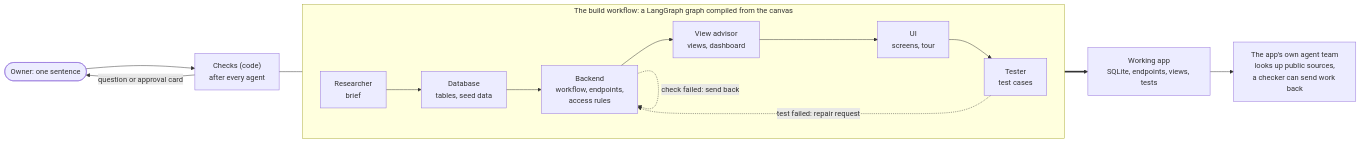
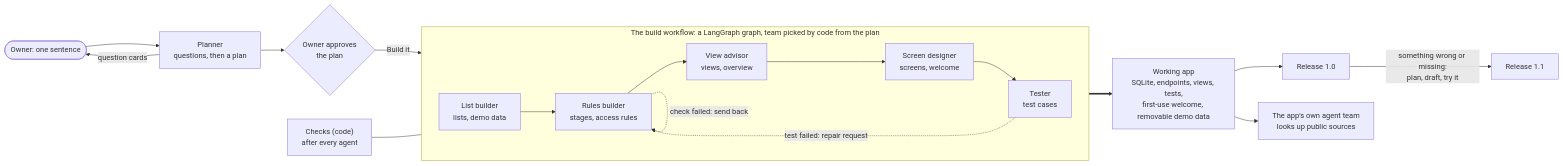
One commit to ismaeel-ch/Turnkey changed the diagram in README.md. Above: the diagram before and after it, drawn with Mermaid. The commit also changed other lines of this file and 22 other files, not shown here.

````diff
--- a/README.md
+++ b/README.md
@@ -53,14 +100,18 @@
 ```mermaid
 flowchart LR
-  you(["Owner: one sentence"]) --> G
-  subgraph line["The build workflow: a LangGraph graph compiled from the canvas"]
+  you(["Owner: one sentence"]) --> P["Planner<br/>questions, then a plan"]
+  P -->|"question cards"| you
+  P --> OK{"Owner approves<br/>the plan"}
+  OK -->|"Build it"| line
+  subgraph line["The build workflow: a LangGraph graph, team picked by code from the plan"]
     direction LR
-    R["Researcher<br/>brief"] --> D["Database<br/>tables, seed data"] --> B["Backend<br/>workflow, endpoints,<br/>access rules"] --> V["View advisor<br/>views, dashboard"] --> U["UI<br/>screens, tour"] --> T["Tester<br/>test cases"]
+    D["List builder<br/>lists, demo data"] --> B["Rules builder<br/>stages, access rules"] --> V["View advisor<br/>views, overview"] --> U["Screen designer<br/>screens, welcome"] --> T["Tester<br/>test cases"]
   end
   G["Checks (code)<br/>after every agent"] --- line
   B -.->|"check failed: send back"| B
   T -.->|"test failed: repair request"| B
-  G -->|"question or approval card"| you
-  line ==> app["Working app<br/>SQLite, endpoints, views, tests"]
-  app --> team["The app's own agent team<br/>looks up public sources,<br/>a checker can send work back"]
+  line ==> app["Working app<br/>SQLite, endpoints, views, tests,<br/>first-use welcome, removable demo data"]
+  app --> rel["Release 1.0"]
+  rel -->|"something wrong or missing:<br/>plan, draft, try it"| rel2["Release 1.1"]
+  app --> team["The app's own agent team<br/>looks up public sources"]
 ```
````
